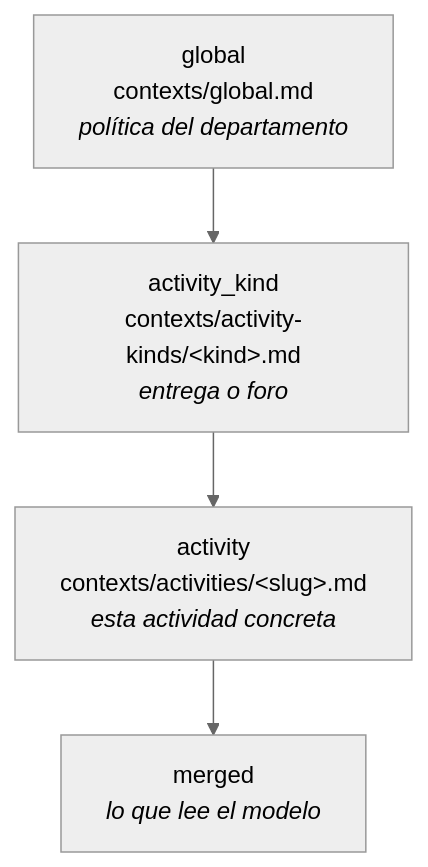
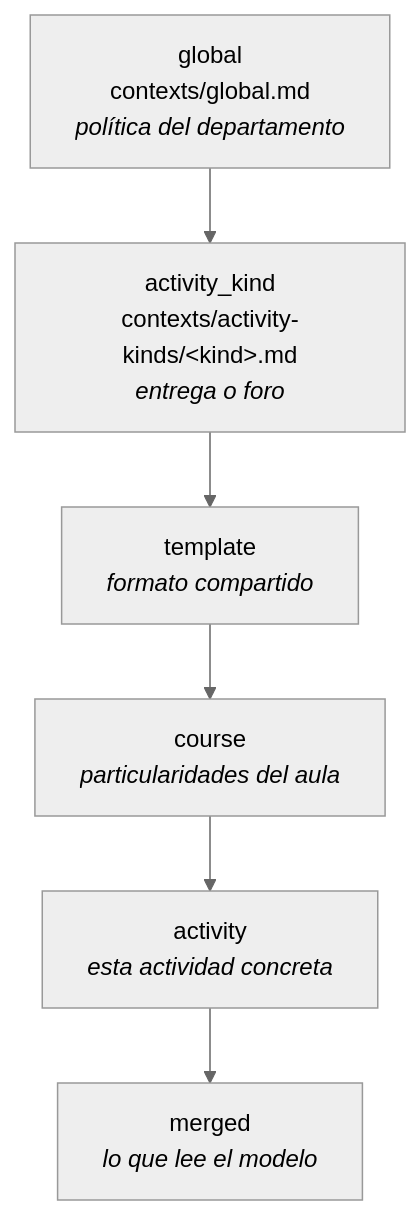
One commit to jamataran/vega changed the diagram in contexts/README.md. Above: the diagram before and after it, drawn with Mermaid (neutral theme). The commit also changed other lines of this file and 77 other files, not shown here.

````diff
--- a/contexts/README.md
+++ b/contexts/README.md
@@ -18,7 +18,9 @@
 ```mermaid
 graph TD
   G["global<br/>contexts/global.md<br/><i>política del departamento</i>"] --> K
-  K["activity_kind<br/>contexts/activity-kinds/&lt;kind&gt;.md<br/><i>entrega o foro</i>"] --> A
-  A["activity<br/>contexts/activities/&lt;slug&gt;.md<br/><i>esta actividad concreta</i>"] --> R
+  K["activity_kind<br/>contexts/activity-kinds/&lt;kind&gt;.md<br/><i>entrega o foro</i>"] --> T
+  T["template<br/><i>formato compartido</i>"] --> C
+  C["course<br/><i>particularidades del aula</i>"] --> A
+  A["activity<br/><i>esta actividad concreta</i>"] --> R
   R["merged<br/><i>lo que lee el modelo</i>"]
 ```
````
